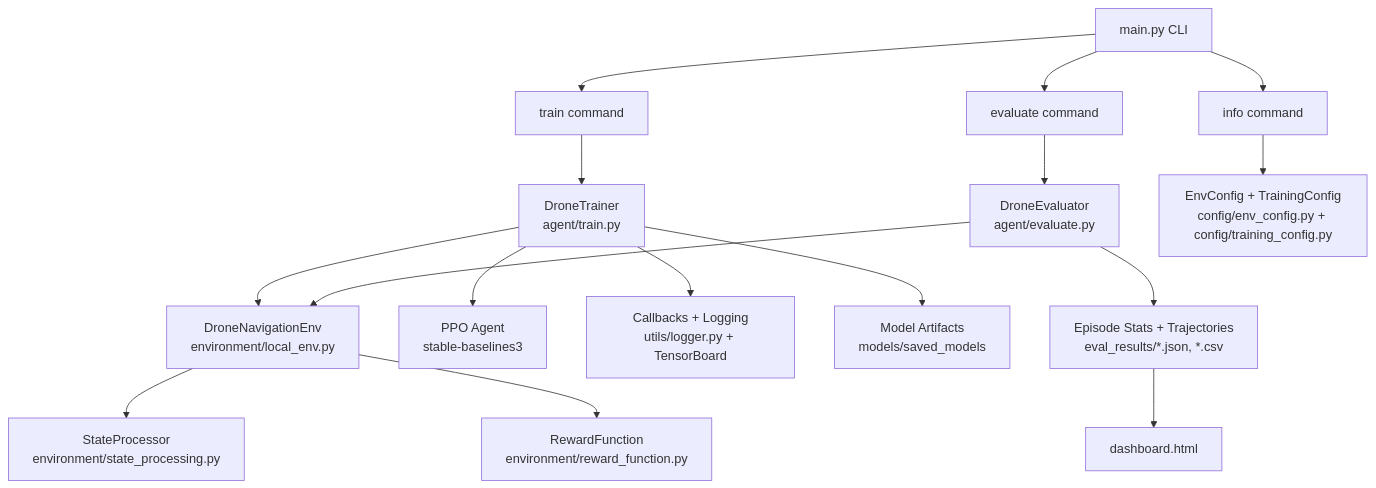
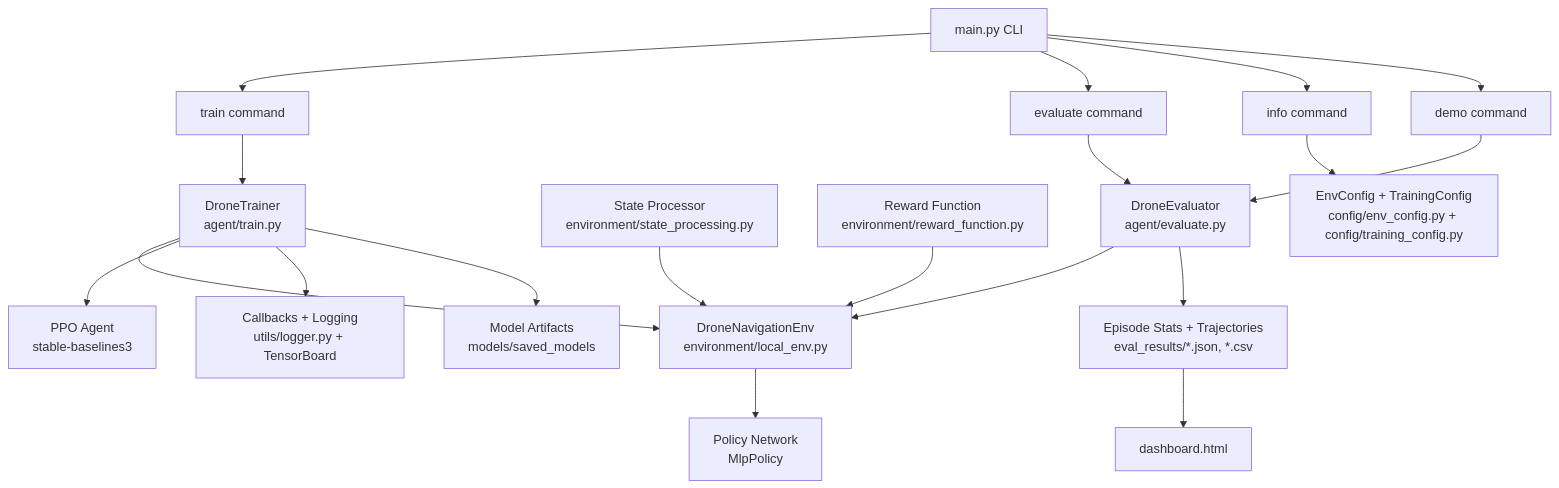
One commit to ChandanHegde07/AeroPathRL changed the diagram in README.md. Above: the diagram before and after it, drawn with Mermaid. The commit also changed other lines of this file and 1 other file, not shown here.

Commit message:
docs: completely revamp README.md with improved structure, tables of contents, configuration tables, enhanced Mermaid architecture diagram, and better formatting for improved readability and usability

````diff
--- a/README.md
+++ b/README.md
@@ -37,21 +80,24 @@
 ```mermaid
 flowchart TD
     A[main.py CLI] --> B[train command]
     A --> C[evaluate command]
     A --> D[info command]
+    A --> E[demo command]
 
-    B --> E[DroneTrainer<br/>agent/train.py]
-    E --> F[DroneNavigationEnv<br/>environment/local_env.py]
-    E --> G[PPO Agent<br/>stable-baselines3]
-    F --> H[StateProcessor<br/>environment/state_processing.py]
-    F --> I[RewardFunction<br/>environment/reward_function.py]
-    E --> J[Callbacks + Logging<br/>utils/logger.py + TensorBoard]
-    E --> K[Model Artifacts<br/>models/saved_models]
+    B --> F[DroneTrainer<br/>agent/train.py]
+    F --> G[DroneNavigationEnv<br/>environment/local_env.py]
+    F --> H[PPO Agent<br/>stable-baselines3]
+    G --> I[Policy Network<br/>MlpPolicy]
+    J[State Processor<br/>environment/state_processing.py] --> G
+    K[Reward Function<br/>environment/reward_function.py] --> G
+    F --> L[Callbacks + Logging<br/>utils/logger.py + TensorBoard]
+    F --> M[Model Artifacts<br/>models/saved_models]
 
-    C --> L[DroneEvaluator<br/>agent/evaluate.py]
-    L --> F
-    L --> M[Episode Stats + Trajectories<br/>eval_results/*.json, *.csv]
-    M --> N[dashboard.html]
+    C --> N[DroneEvaluator<br/>agent/evaluate.py]
+    N --> G
+    N --> O[Episode Stats + Trajectories<br/>eval_results/*.json, *.csv]
+    O --> P[dashboard.html]
 
-    D --> O[EnvConfig + TrainingConfig<br/>config/env_config.py + config/training_config.py]
+    D --> Q[EnvConfig + TrainingConfig<br/>config/env_config.py + config/training_config.py]
+    E --> N
 ```
````
